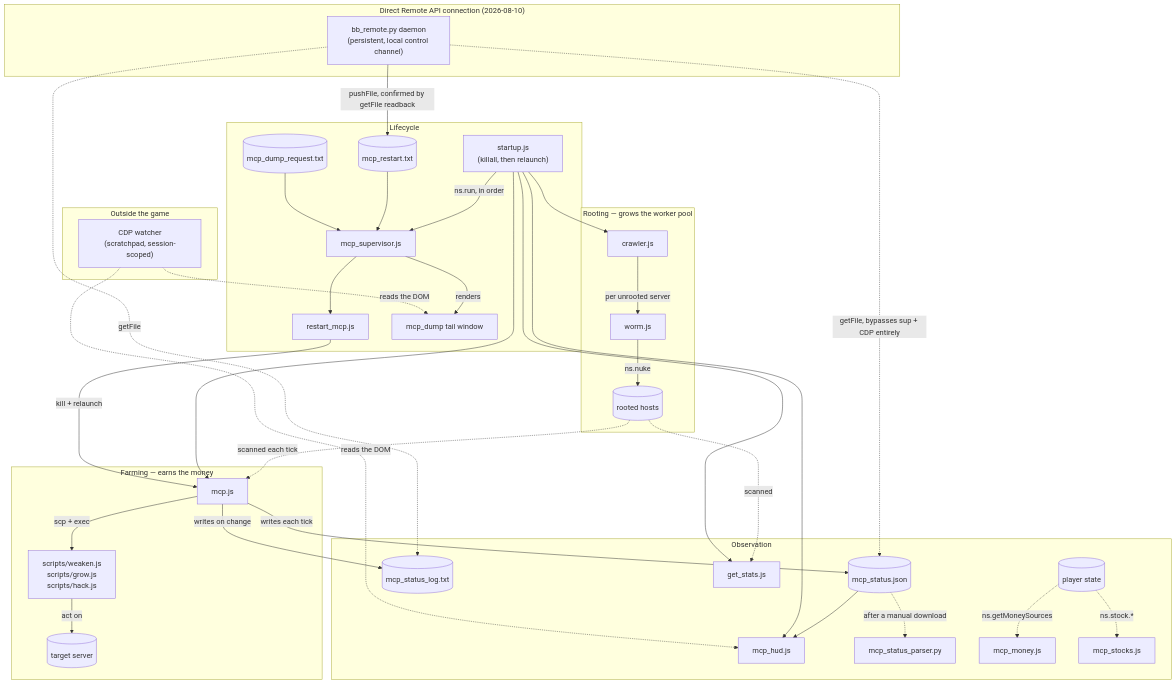
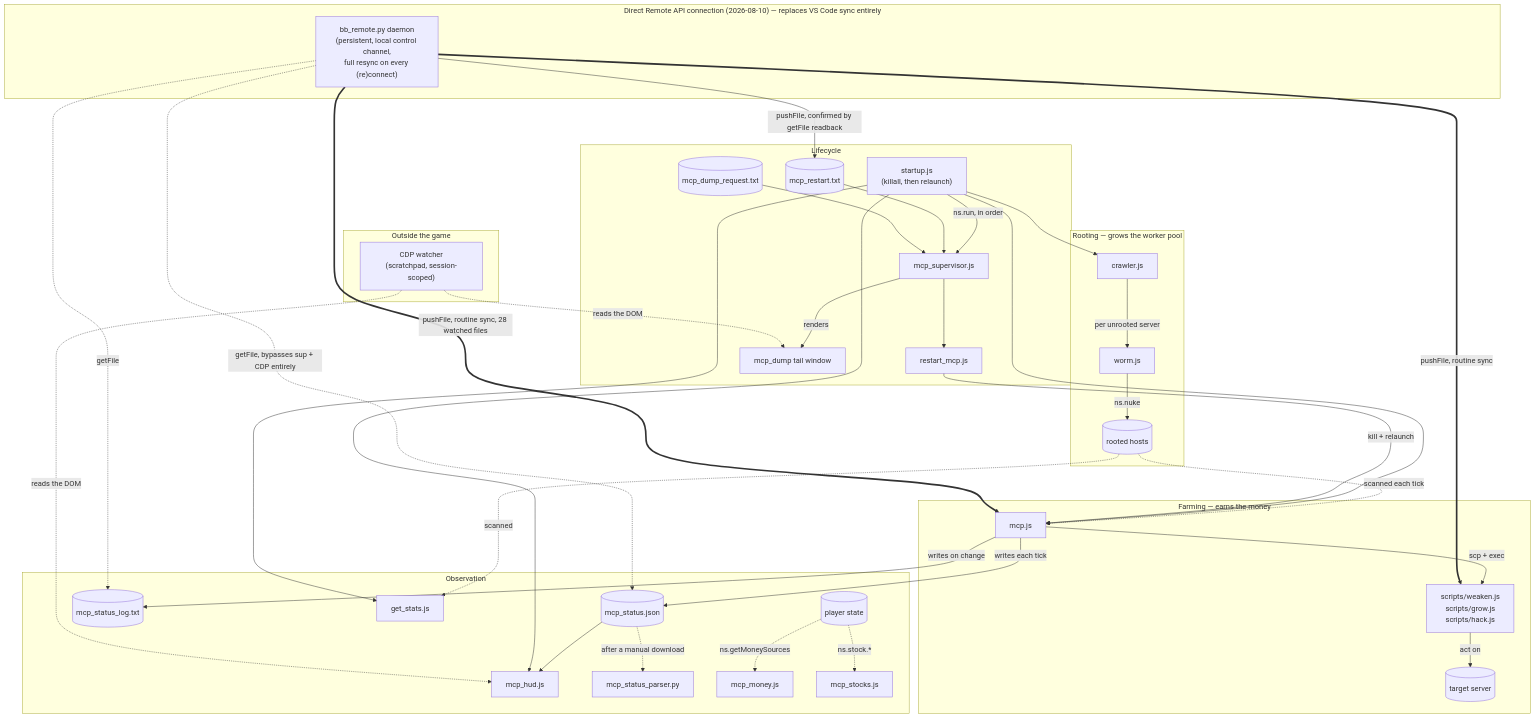
One commit to waunder/BitBurner changed the diagram in docs/processes.md. Above: the diagram before and after it, drawn with Mermaid. The commit also changed other lines of this file and 4 other files, not shown here.

````diff
--- a/docs/processes.md
+++ b/docs/processes.md
@@ -17,48 +17,50 @@
 ```mermaid
 flowchart TB
     subgraph root["Rooting — grows the worker pool"]
         crawler[crawler.js] -->|per unrooted server| worm[worm.js]
         worm -->|ns.nuke| pool[(rooted hosts)]
     end
 
     subgraph farm["Farming — earns the money"]
         mcp[mcp.js] -->|scp + exec| actions["scripts/weaken.js<br/>scripts/grow.js<br/>scripts/hack.js"]
         pool -.->|scanned each tick| mcp
         actions -->|act on| target[(target server)]
     end
 
     subgraph obs["Observation"]
         mcp -->|writes each tick| status[(mcp_status.json)]
         mcp -->|writes on change| logfile[(mcp_status_log.txt)]
         status --> hud[mcp_hud.js]
         pool -.->|scanned| stats[get_stats.js]
         status -.->|after a manual download| parser[mcp_status_parser.py]
         player[(player state)] -.->|ns.getMoneySources| moneypanel[mcp_money.js]
         player -.->|ns.stock.*| stockpanel[mcp_stocks.js]
     end
 
     subgraph life["Lifecycle"]
         boot["startup.js<br/>(killall, then relaunch)"] -->|ns.run, in order| sup[mcp_supervisor.js]
         boot --> crawler
         boot --> mcp
         boot --> hud[mcp_hud.js]
         boot --> stats
         flag[(mcp_restart.txt)] --> sup
         sup --> restart[restart_mcp.js]
         restart -->|kill + relaunch| mcp
         dumpreq[(mcp_dump_request.txt)] --> sup
         sup -->|renders| dumptail[mcp_dump tail window]
     end
 
-    subgraph direct["Direct Remote API connection (2026-08-10)"]
-        daemon["bb_remote.py daemon<br/>(persistent, local control channel)"]
+    subgraph direct["Direct Remote API connection (2026-08-10) — replaces VS Code sync entirely"]
+        daemon["bb_remote.py daemon<br/>(persistent, local control channel,<br/>full resync on every (re)connect)"]
         daemon -->|pushFile, confirmed by getFile readback| flag
         daemon -.->|getFile, bypasses sup + CDP entirely| status
         daemon -.->|getFile| logfile
+        daemon ==>|pushFile, routine sync, 28 watched files| mcp
+        daemon ==>|pushFile, routine sync| actions
     end
 
     subgraph out["Outside the game"]
         cdp["CDP watcher<br/>(scratchpad, session-scoped)"] -.->|reads the DOM| hud
         cdp -.->|reads the DOM| dumptail
     end
 ```
````
